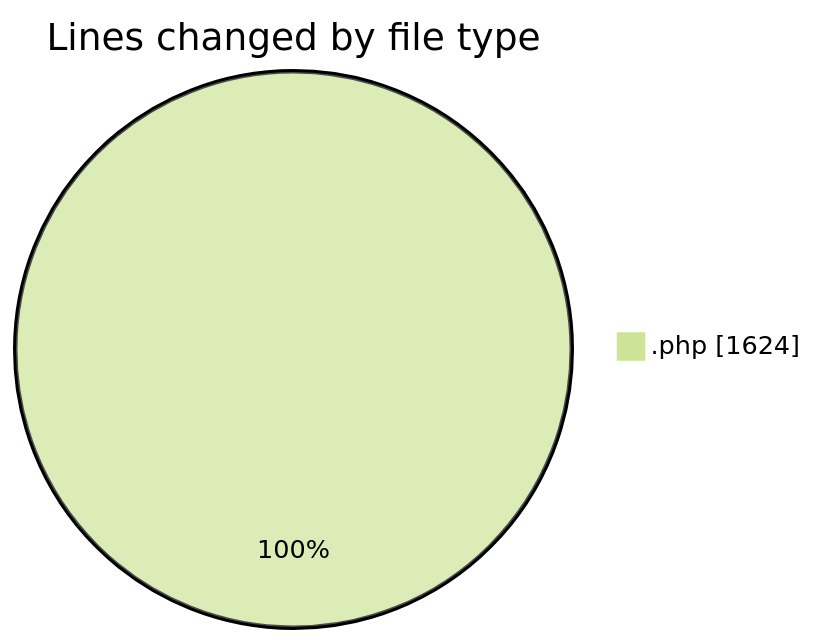
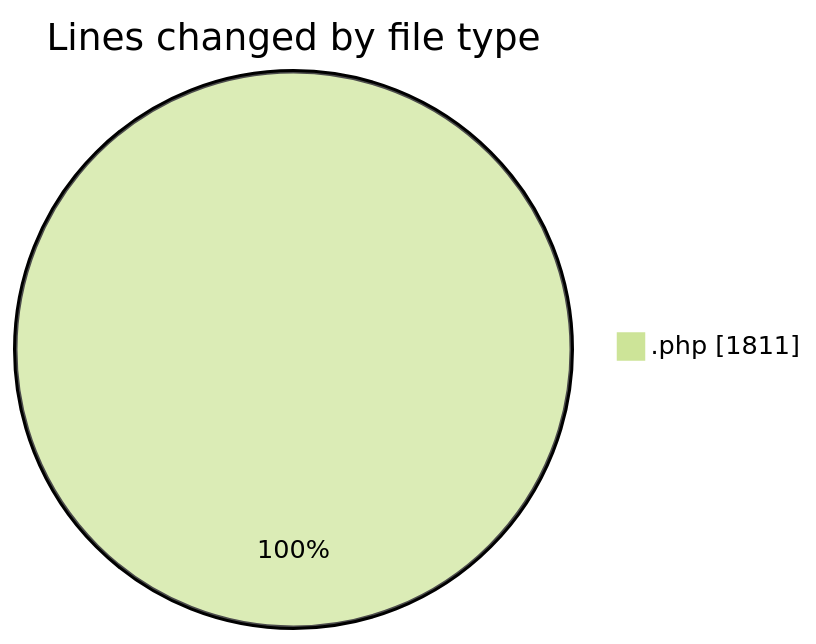
One commit to debugP/code-tracking changed the first of 2 diagrams in 2025-10-02/untitled__workspace_/README.md. Above: the diagram before and after it, drawn with Mermaid (forest theme). The commit also changed other lines of this file and 1 other file, not shown here.

````diff
--- a/2025-10-02/untitled__workspace_/README.md
+++ b/2025-10-02/untitled__workspace_/README.md
@@ -20,5 +21,5 @@
 ```mermaid
 pie showData
 title Lines changed by file type
-".php" : 1624
+".php" : 1811
 ```
````
